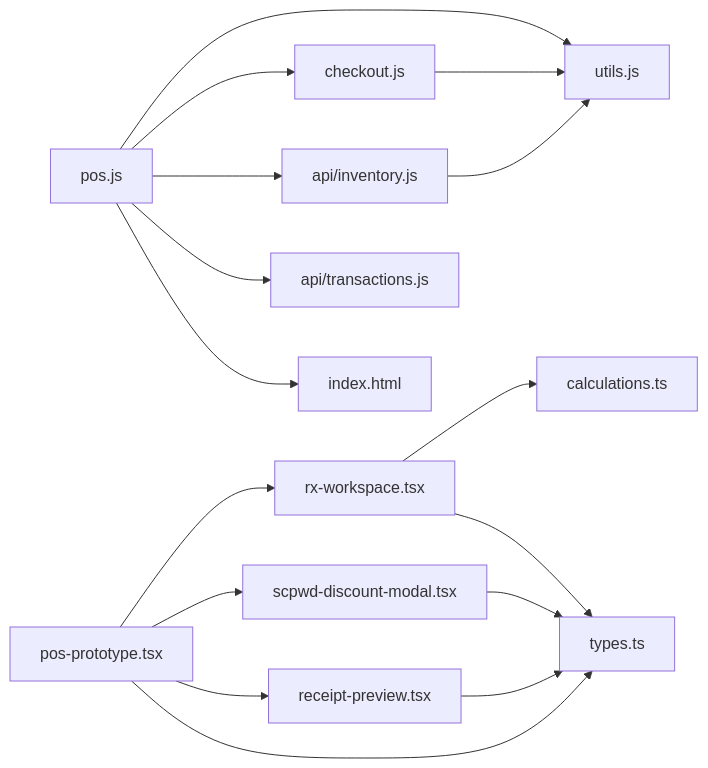
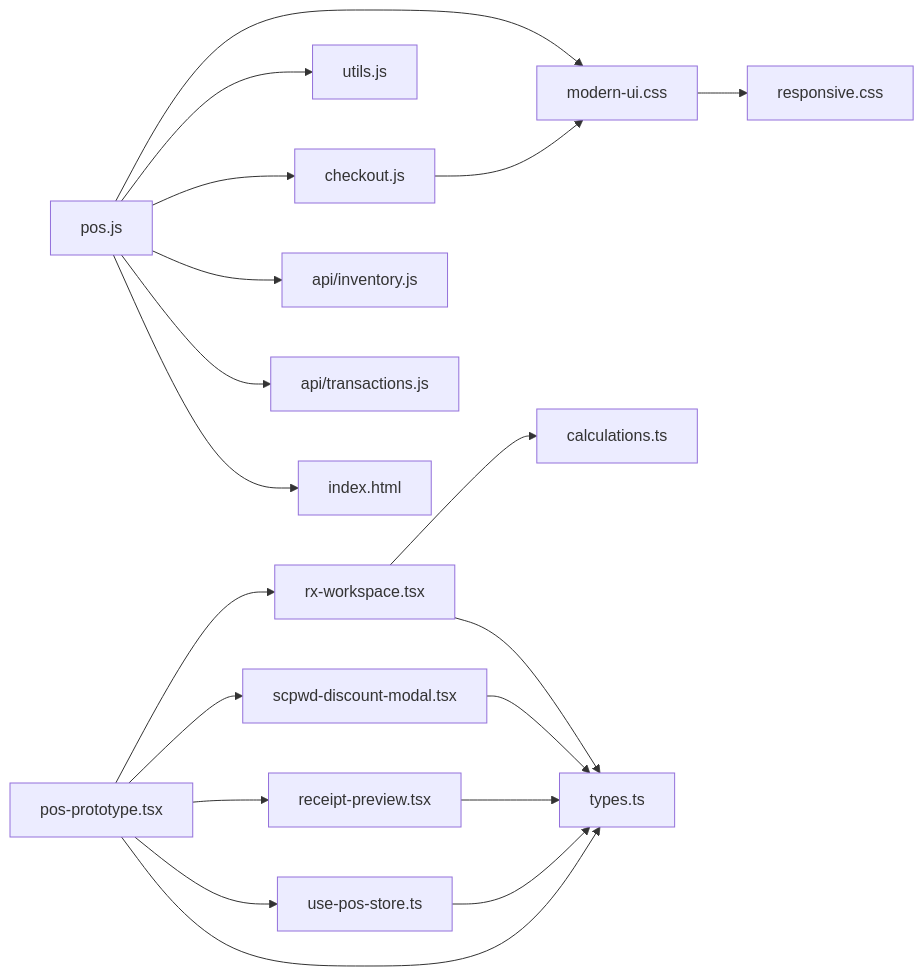
The eighth of 8 diagrams in .qoder/repowiki/en/content/Frontend Interface/Point-of-Sale Interface.md (yosefdc7/PharmaPOS), drawn with Mermaid before and after one commit. The commit also changed other lines of this file and 103 other files, not shown here.

````diff
--- a/.qoder/repowiki/en/content/Frontend Interface/Point-of-Sale Interface.md
+++ b/.qoder/repowiki/en/content/Frontend Interface/Point-of-Sale Interface.md
@@ -520,18 +412,21 @@
 ```mermaid
 graph LR
-POS["pos.js"] --> Utils["utils.js"]
+POS["pos.js"] --> ModernUI["modern-ui.css"]
+POS --> Utils["utils.js"]
 POS --> Checkout["checkout.js"]
 POS --> InventoryAPI["api/inventory.js"]
 POS --> TransactionsAPI["api/transactions.js"]
 POS --> HTML["index.html"]
-Checkout --> Utils
-InventoryAPI --> Utils
+Checkout --> ModernUI
+ModernUI --> Responsive["responsive.css"]
 PosProto["pos-prototype.tsx"] --> RxWorkspace["rx-workspace.tsx"]
 PosProto --> ScPwdModal["scpwd-discount-modal.tsx"]
 PosProto --> ReceiptPreview["receipt-preview.tsx"]
+PosProto --> UsePosStore["use-pos-store.ts"]
 RxWorkspace --> Calculations["calculations.ts"]
 ScPwdModal --> Types["types.ts"]
 ReceiptPreview --> Types
 PosProto --> Types
 RxWorkspace --> Types
+UsePosStore --> Types
 ```
````
